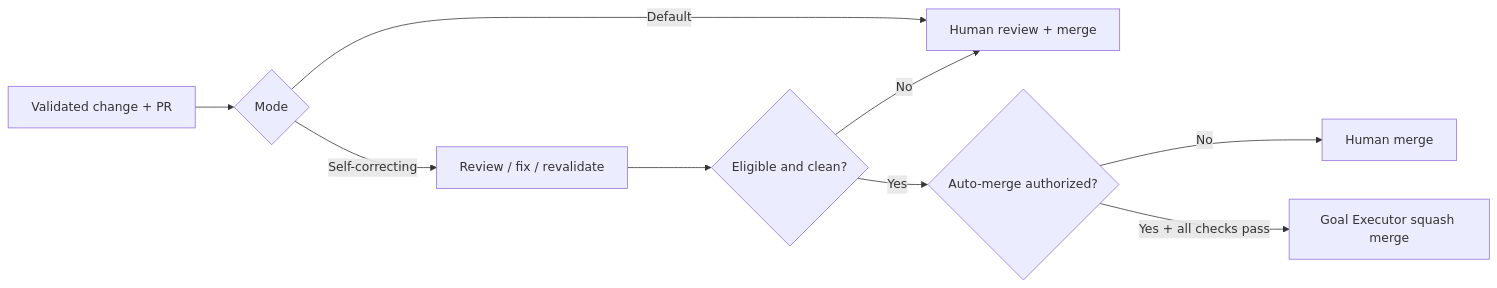
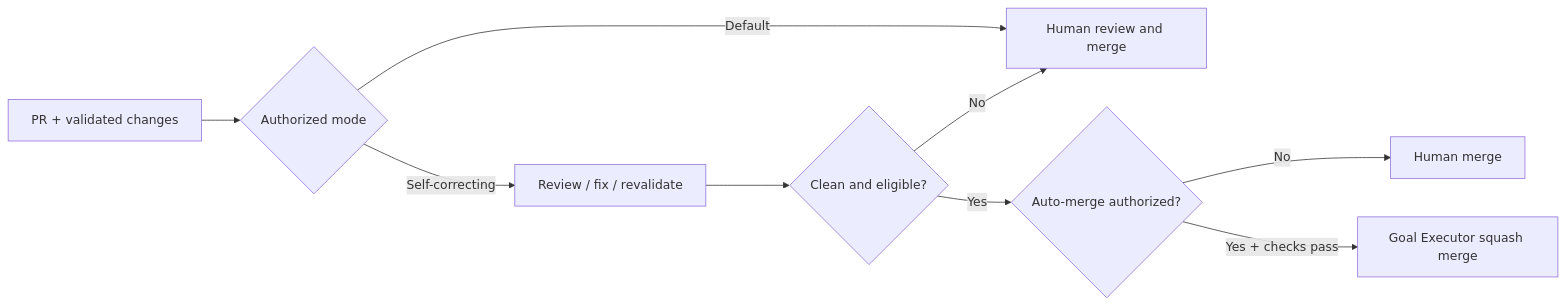
The second of 2 diagrams in README.md (szymoniwacz/ai-project-template-adapter), drawn with Mermaid before and after one commit. The commit also changed other lines of this file, not shown here.

````diff
--- a/README.md
+++ b/README.md
@@ -26,11 +63,11 @@
 ```mermaid
 flowchart LR
-    A["Validated change + PR"] --> B{"Mode"}
-    B -->|"Default"| C["Human review + merge"]
+    A["PR + validated changes"] --> B{"Authorized mode"}
+    B -->|"Default"| C["Human review and merge"]
     B -->|"Self-correcting"| D["Review / fix / revalidate"]
-    D --> E{"Eligible and clean?"}
+    D --> E{"Clean and eligible?"}
     E -->|"No"| C
     E -->|"Yes"| F{"Auto-merge authorized?"}
     F -->|"No"| G["Human merge"]
-    F -->|"Yes + all checks pass"| H["Goal Executor squash merge"]
+    F -->|"Yes + checks pass"| H["Goal Executor squash merge"]
 ```
````
